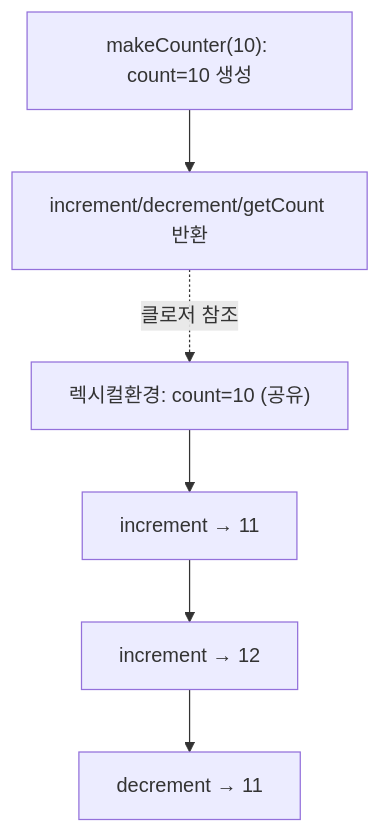
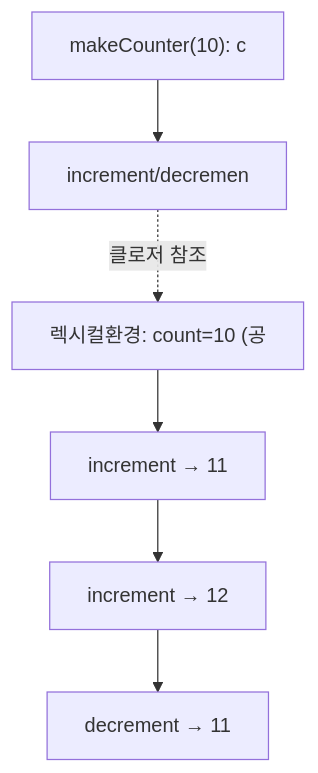
One commit to yjkim2015/yjkim2015.github.io changed the fourth of 6 diagrams in _posts/frontend/2026-05-01-javascript-core.md. Above: the diagram before and after it, drawn with Mermaid. The commit also changed other lines of this file and 271 other files, not shown here.

First line of the commit message:
Mermaid 라벨 축소: 긴 노드 텍스트 18자 이하로 트림 + \n 제거

````diff
--- a/_posts/frontend/2026-05-01-javascript-core.md
+++ b/_posts/frontend/2026-05-01-javascript-core.md
@@ -252,6 +252,6 @@
 ```mermaid
 flowchart TD
-    F["makeCounter(10): count=10 생성"] --> RET["increment/decrement/getCount 반환"]
-    RET -.->|클로저 참조| ENV["렉시컬환경: count=10 (공유)"]
+    F["makeCounter(10): c"] --> RET["increment/decremen"]
+    RET -.->|클로저 참조| ENV["렉시컬환경: count=10 (공"]
     ENV --> USE1["increment → 11"] --> USE2["increment → 12"] --> USE3["decrement → 11"]
 ```
````
